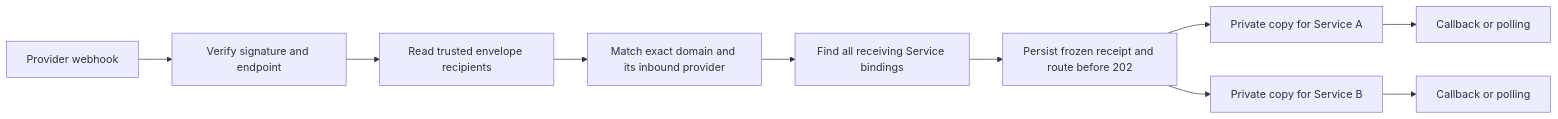
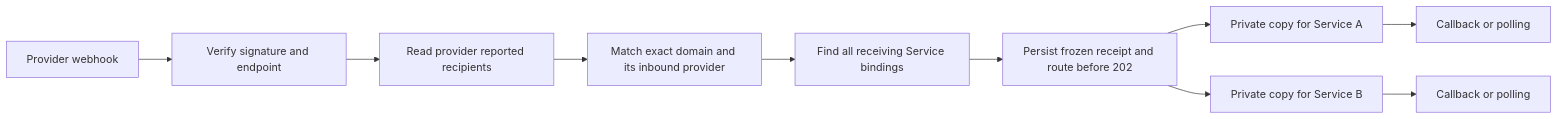
The first of 2 diagrams in docs/ARCHITECTURE.md (realzolo/envoy), drawn with Mermaid before and after one commit. The commit also changed other lines of this file and 8 other files, not shown here.

````diff
--- a/docs/ARCHITECTURE.md
+++ b/docs/ARCHITECTURE.md
@@ -42,12 +42,12 @@
 ```mermaid
 flowchart LR
   P[Provider webhook] --> V[Verify signature and endpoint]
-  V --> E[Read trusted envelope recipients]
+  V --> E[Read provider reported recipients]
   E --> D[Match exact domain and its inbound provider]
   D --> B[Find all receiving Service bindings]
   B --> R[Persist frozen receipt and route before 202]
   R --> S1[Private copy for Service A]
   R --> S2[Private copy for Service B]
   S1 --> N1[Callback or polling]
   S2 --> N2[Callback or polling]
 ```
````
